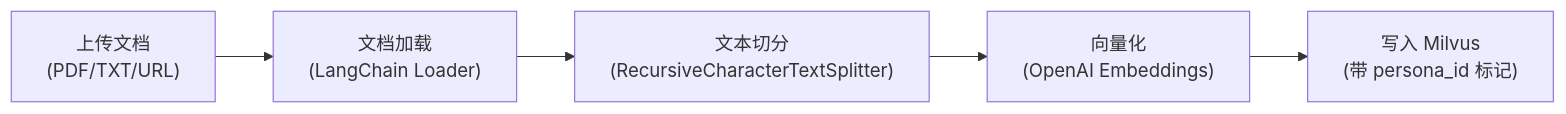
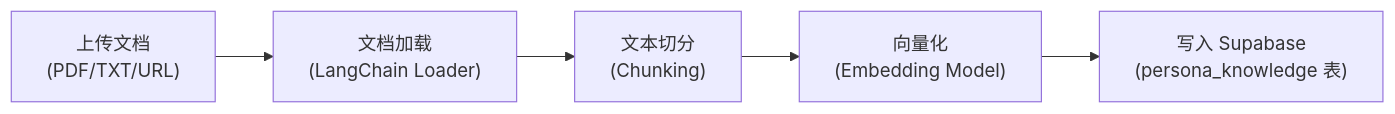
Before and after one commit to iceberg211/ai-agent-course-code: the fourth of 5 diagrams in docs/数字人-Agent-技术方案.md, drawn with Mermaid. The commit also changed other lines of this file and 71 other files, not shown here.

Commit message:
feat: initialize digital-human-agent NestJS project with persona, knowledge, and realtime session modules

````diff
--- a/docs/数字人-Agent-技术方案.md
+++ b/docs/数字人-Agent-技术方案.md
@@ -345,7 +402,7 @@
 ```mermaid
 flowchart LR
     A["上传文档\n(PDF/TXT/URL)"] --> B["文档加载\n(LangChain Loader)"]
-    B --> C["文本切分\n(RecursiveCharacterTextSplitter)"]
-    C --> D["向量化\n(OpenAI Embeddings)"]
-    D --> E["写入 Milvus\n(带 persona_id 标记)"]
+    B --> C["文本切分\n(Chunking)"]
+    C --> D["向量化\n(Embedding Model)"]
+    D --> E["写入 Supabase\n(persona_knowledge 表)"]
 ```
````
